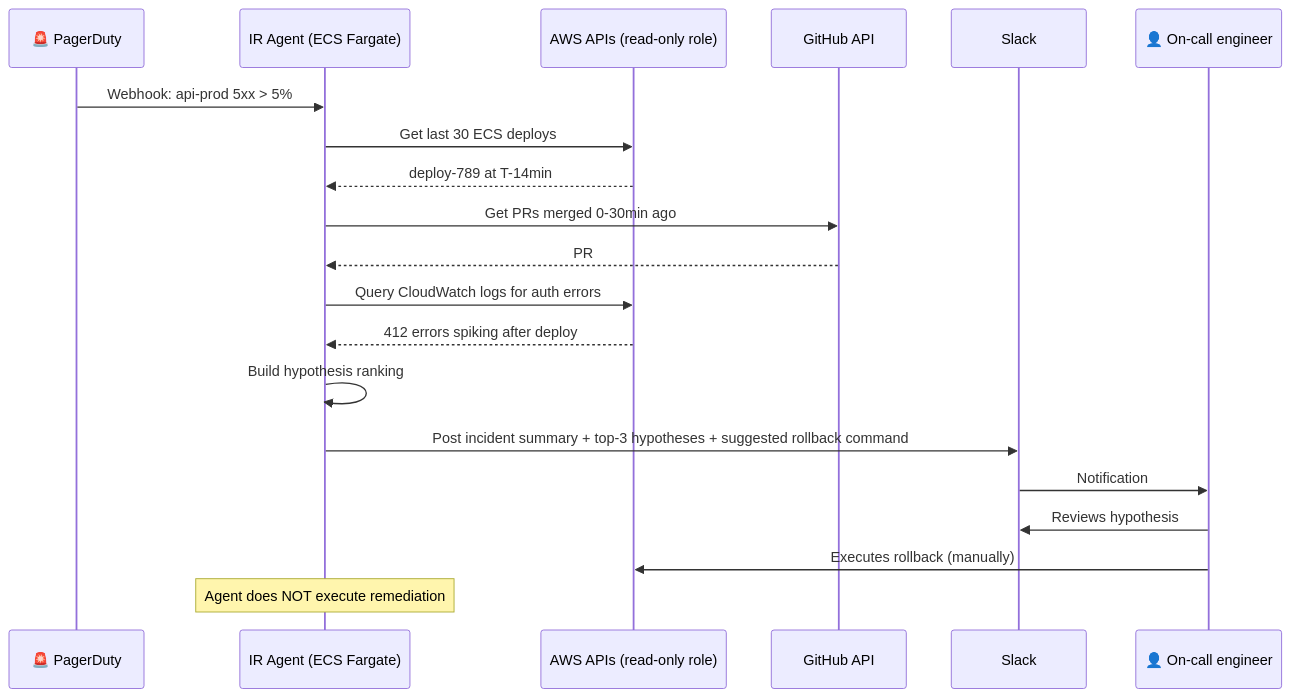
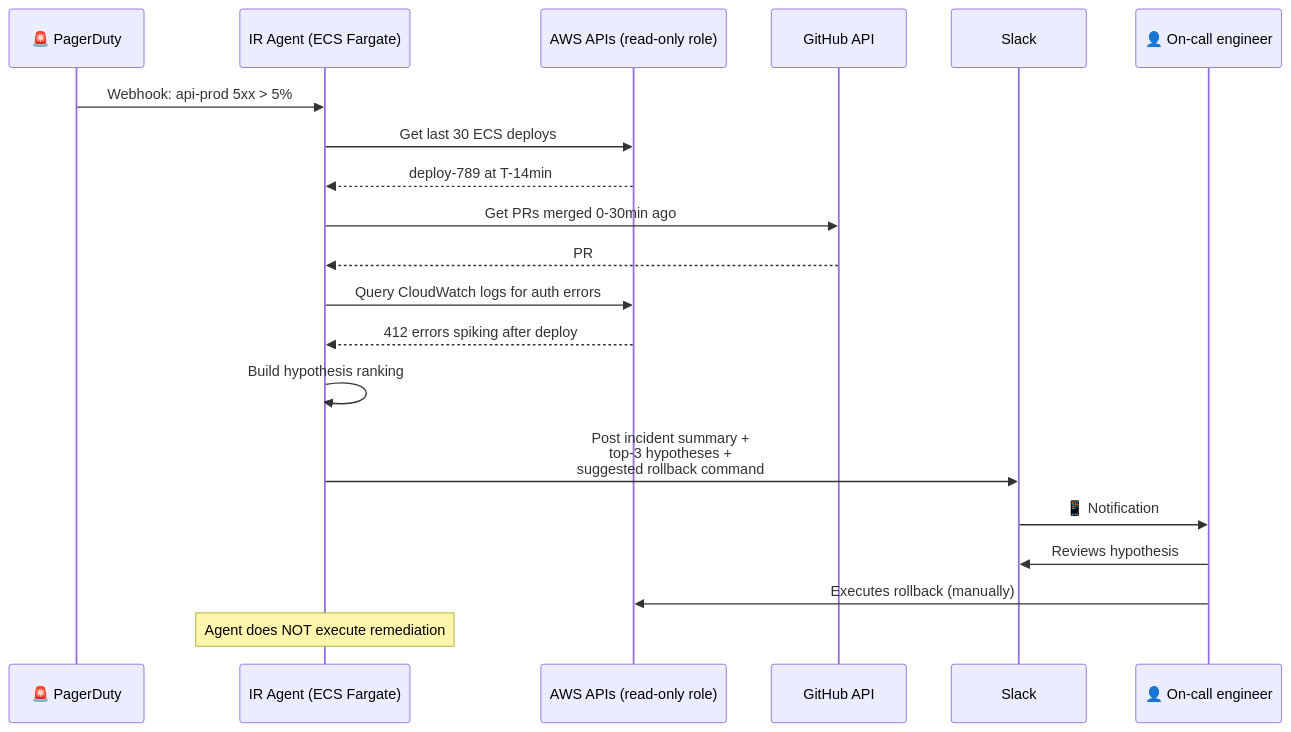
Before and after one commit to aba-d/demogitactions: the eighth of 13 diagrams in DevOps Agent Learning.md, drawn with Mermaid. The commit also changed other lines of this file, not shown here.

````diff
--- a/DevOps Agent Learning.md
+++ b/DevOps Agent Learning.md
@@ -435,24 +713,24 @@
 ```mermaid
 sequenceDiagram
     participant ALERT as 🚨 PagerDuty
     participant IR as IR Agent (ECS Fargate)
     participant AWS as AWS APIs (read-only role)
     participant GH as GitHub API
     participant SLACK as Slack #incidents
     participant ONCALL as 👤 On-call engineer
 
     ALERT->>IR: Webhook: api-prod 5xx > 5%
     IR->>AWS: Get last 30 ECS deploys
     AWS-->>IR: deploy-789 at T-14min
     IR->>GH: Get PRs merged 0-30min ago
     GH-->>IR: PR #4521 (auth refactor)
     IR->>AWS: Query CloudWatch logs for auth errors
     AWS-->>IR: 412 errors spiking after deploy
     IR->>IR: Build hypothesis ranking
-    IR->>SLACK: Post incident summary + top-3 hypotheses + suggested rollback command
-    SLACK->>ONCALL: Notification
+    IR->>SLACK: Post incident summary +<br/>top-3 hypotheses +<br/>suggested rollback command
+    SLACK->>ONCALL: 📱 Notification
     ONCALL->>SLACK: Reviews hypothesis
     ONCALL->>AWS: Executes rollback (manually)
 
     Note over IR: Agent does NOT execute remediation
 ```
````
